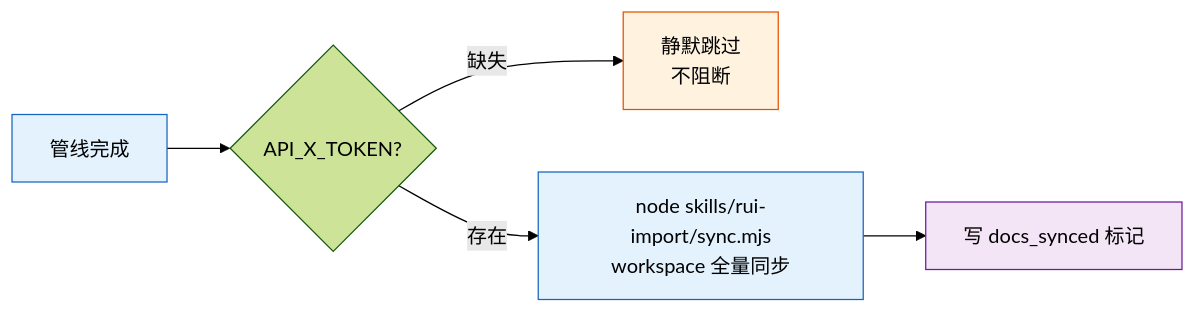
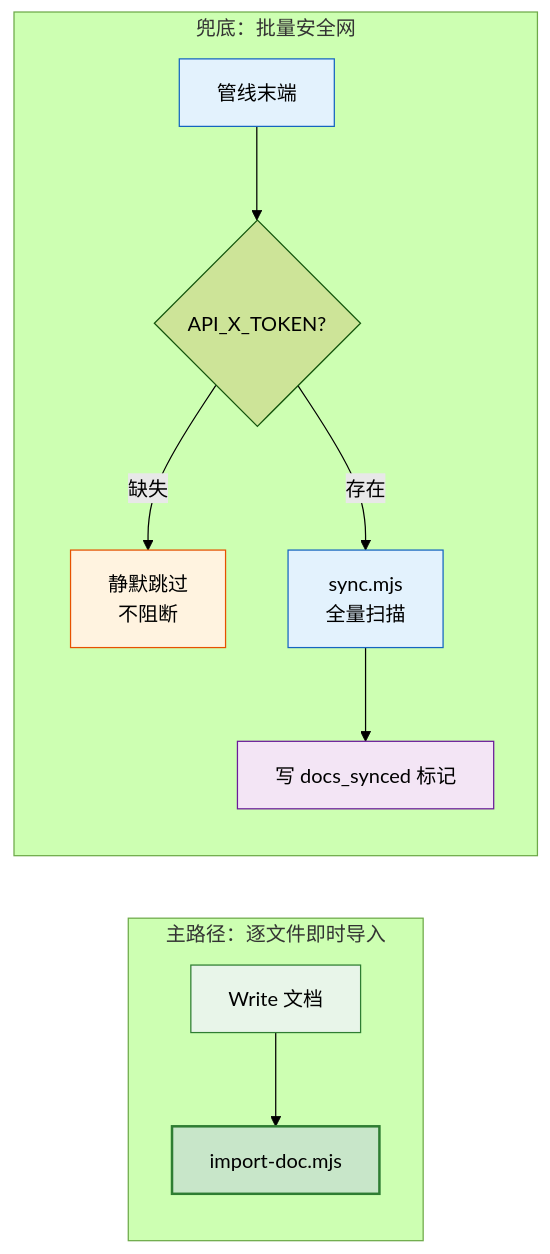
Before and after one commit to effiy/YrY: the sixth of 8 diagrams in skills/rui-import/SKILL.md, drawn with Mermaid (forest theme). The commit also changed other lines of this file and 3 other files, not shown here.

First line of the commit message:
feat: add per-document auto-import mechanism with import-doc.mjs helper

````diff
--- a/skills/rui-import/SKILL.md
+++ b/skills/rui-import/SKILL.md
@@ -278,12 +289,20 @@
 ```mermaid
 flowchart LR
-    PIPE["管线完成"]:::s --> CHK{"API_X_TOKEN?"}
-    CHK -->|"缺失"| SKIP["静默跳过<br/>不阻断"]:::warn
-    CHK -->|"存在"| RUN["node skills/rui-import/sync.mjs<br/>workspace 全量同步"]:::op
-    RUN --> MARK["写 docs_synced 标记"]:::out
+    subgraph 主路径["主路径：逐文件即时导入"]
+        W["Write 文档"]:::write --> I["import-doc.mjs<br/><file>"]:::primary
+    end
 
+    subgraph 兜底["兜底：批量安全网"]
+        PIPE["管线末端"]:::s --> CHK{"API_X_TOKEN?"}
+        CHK -->|"缺失"| SKIP["静默跳过<br/>不阻断"]:::warn
+        CHK -->|"存在"| RUN["sync.mjs<br/>全量扫描"]:::op
+        RUN --> MARK["写 docs_synced 标记"]:::out
+    end
+
+    classDef write fill:#e8f5e9,stroke:#2e7d32;
+    classDef primary fill:#c8e6c9,stroke:#2e7d32,stroke-width:2px;
     classDef s fill:#e3f2fd,stroke:#1565c0;
     classDef op fill:#e3f2fd,stroke:#1565c0;
     classDef warn fill:#fff3e0,stroke:#e65100;
     classDef out fill:#f3e5f5,stroke:#6a1b9a;
 ```
````
